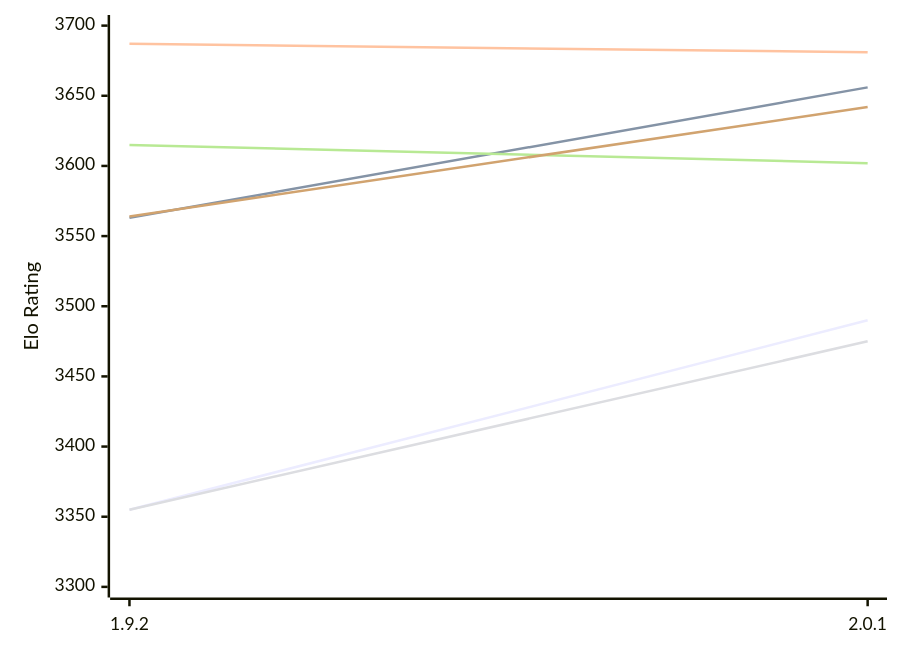
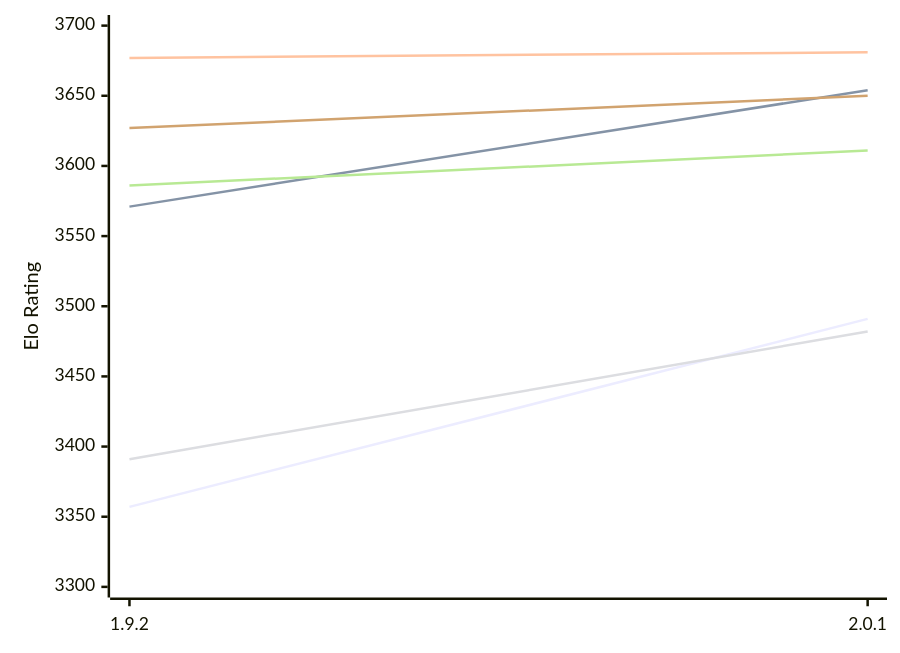
The first of 2 diagrams in engines/Pawnocchio.md (computer-chess-index/cci), drawn with Mermaid before and after one commit. The commit also changed other lines of this file, not shown here.

Commit message:
Update CCI Ratings (ELO VLTC) - 2026-11-25

````diff
--- a/engines/Pawnocchio.md
+++ b/engines/Pawnocchio.md
@@ -52,12 +52,12 @@
 ```mermaid
 %%{init: {"theme":"base","themeVariables":{"seriesColors:['#a3a3a3','#222221','#faa371']}}}%%
 xychart-beta
   x-axis ["1.9.2", "2.0.1"]
   y-axis "Elo Rating" 3300 --> 3700
-  line "E1: STC (8.0+0.08s)" [3355, 3490]
-  line "E1: LTC (60.0+0.60s)" [3563, 3656]
-  line "E1: VLTC (2m24s+1.12s)" [3687, 3681]
-  line "P1: STC (8.0+0.08s)" [3355, 3475]
-  line "P1: LTC (60.0+0.60s)" [3615, 3602]
-  line "P1: VLTC (2m24s+1.12s)" [3564, 3642]
+  line "E1: STC (8.0+0.08s)" [3357, 3491]
+  line "E1: LTC (60.0+0.60s)" [3571, 3654]
+  line "E1: VLTC (2m24s+1.12s)" [3677, 3681]
+  line "P1: STC (8.0+0.08s)" [3391, 3482]
+  line "P1: LTC (60.0+0.60s)" [3586, 3611]
+  line "P1: VLTC (2m24s+1.12s)" [3627, 3650]
 ```
````
